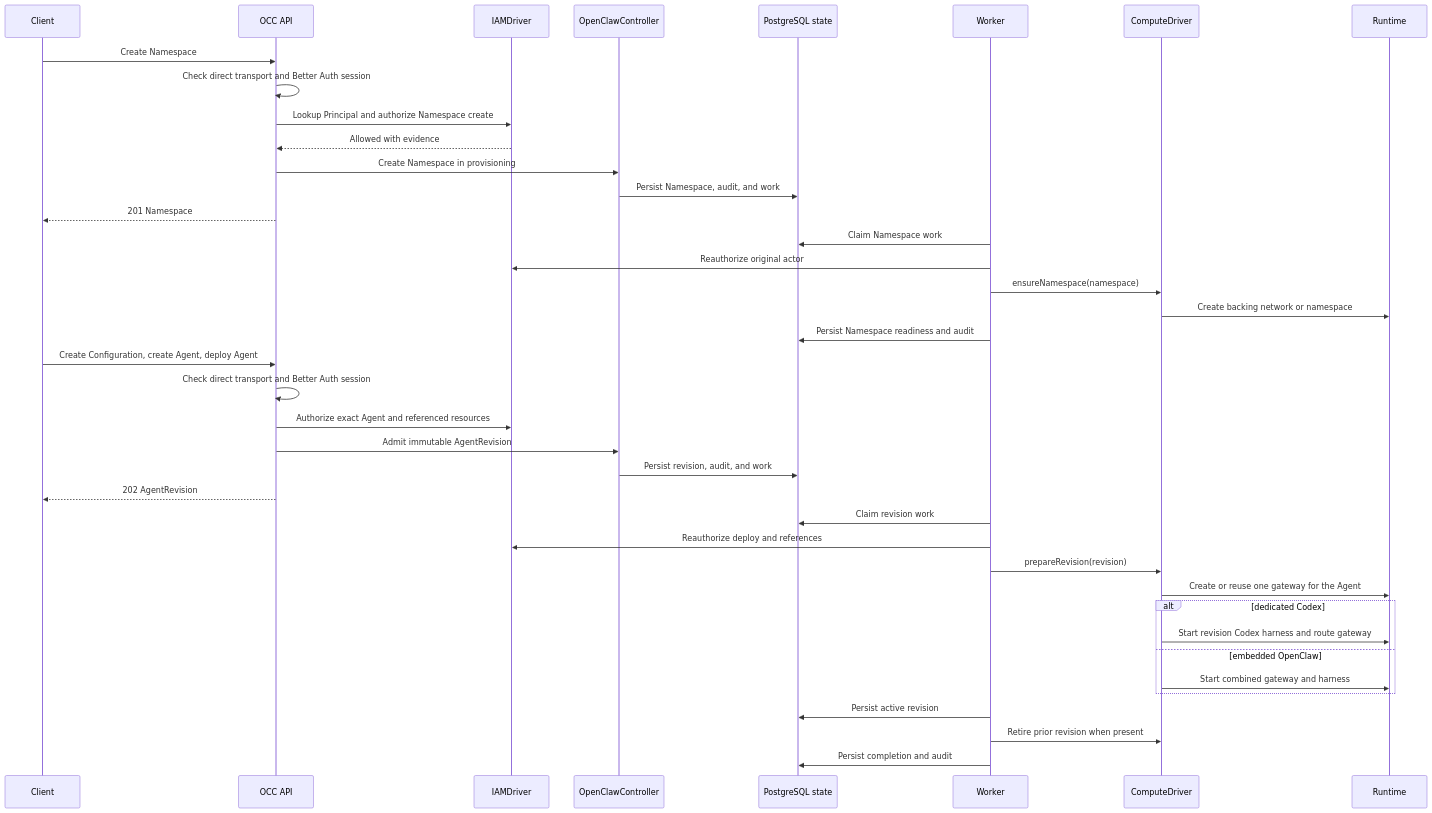
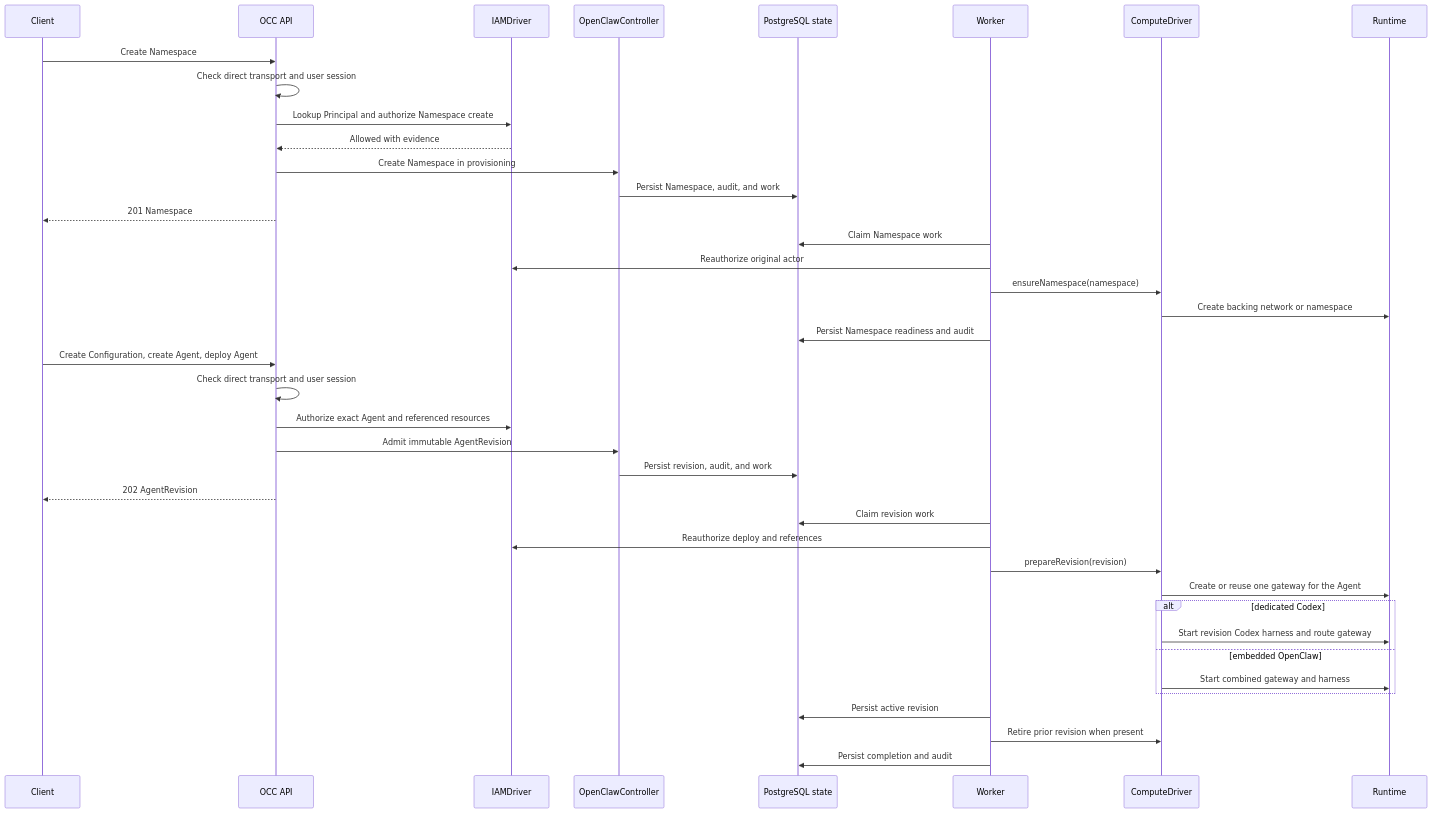
The second of 2 diagrams in docs/ARCHITECTURE.md (openclaw/openclaw-enterprise), drawn with Mermaid before and after one commit. The commit also changed 15 other files, not shown here.

Commit message:
docs: use user session terminology

````diff
--- a/docs/ARCHITECTURE.md
+++ b/docs/ARCHITECTURE.md
@@ -151,43 +151,43 @@
 ```mermaid
 sequenceDiagram
     participant Client
     participant API as OCC API
     participant IAM as IAMDriver
     participant OCC as OpenClawController
     participant DB as PostgreSQL state
     participant Worker
     participant Compute as ComputeDriver
     participant Runtime
 
     Client->>API: Create Namespace
-    API->>API: Check direct transport and Better Auth session
+    API->>API: Check direct transport and user session
     API->>IAM: Lookup Principal and authorize Namespace create
     IAM-->>API: Allowed with evidence
     API->>OCC: Create Namespace in provisioning
     OCC->>DB: Persist Namespace, audit, and work
     API-->>Client: 201 Namespace
     Worker->>DB: Claim Namespace work
     Worker->>IAM: Reauthorize original actor
     Worker->>Compute: ensureNamespace(namespace)
     Compute->>Runtime: Create backing network or namespace
     Worker->>DB: Persist Namespace readiness and audit
 
     Client->>API: Create Configuration, create Agent, deploy Agent
-    API->>API: Check direct transport and Better Auth session
+    API->>API: Check direct transport and user session
     API->>IAM: Authorize exact Agent and referenced resources
     API->>OCC: Admit immutable AgentRevision
     OCC->>DB: Persist revision, audit, and work
     API-->>Client: 202 AgentRevision
     Worker->>DB: Claim revision work
     Worker->>IAM: Reauthorize deploy and references
     Worker->>Compute: prepareRevision(revision)
     Compute->>Runtime: Create or reuse one gateway for the Agent
     alt dedicated Codex
         Compute->>Runtime: Start revision Codex harness and route gateway
     else embedded OpenClaw
         Compute->>Runtime: Start combined gateway and harness
     end
     Worker->>DB: Persist active revision
     Worker->>Compute: Retire prior revision when present
     Worker->>DB: Persist completion and audit
 ```
````
